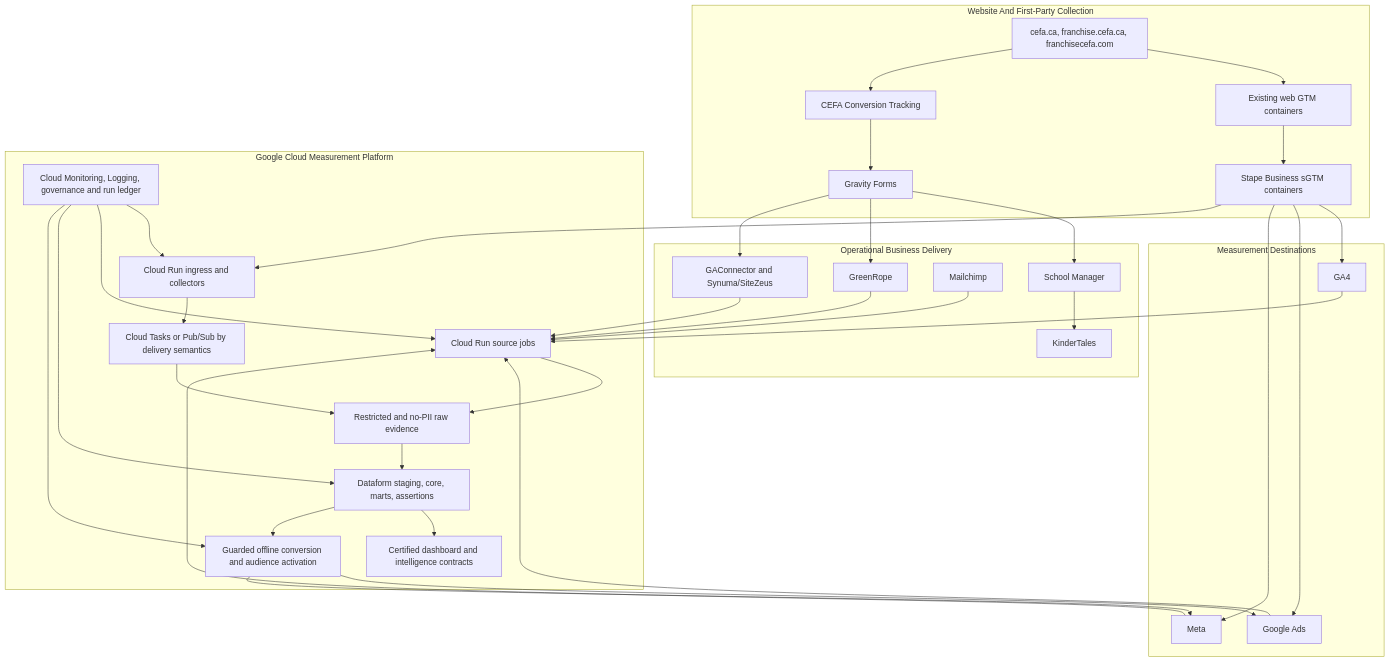
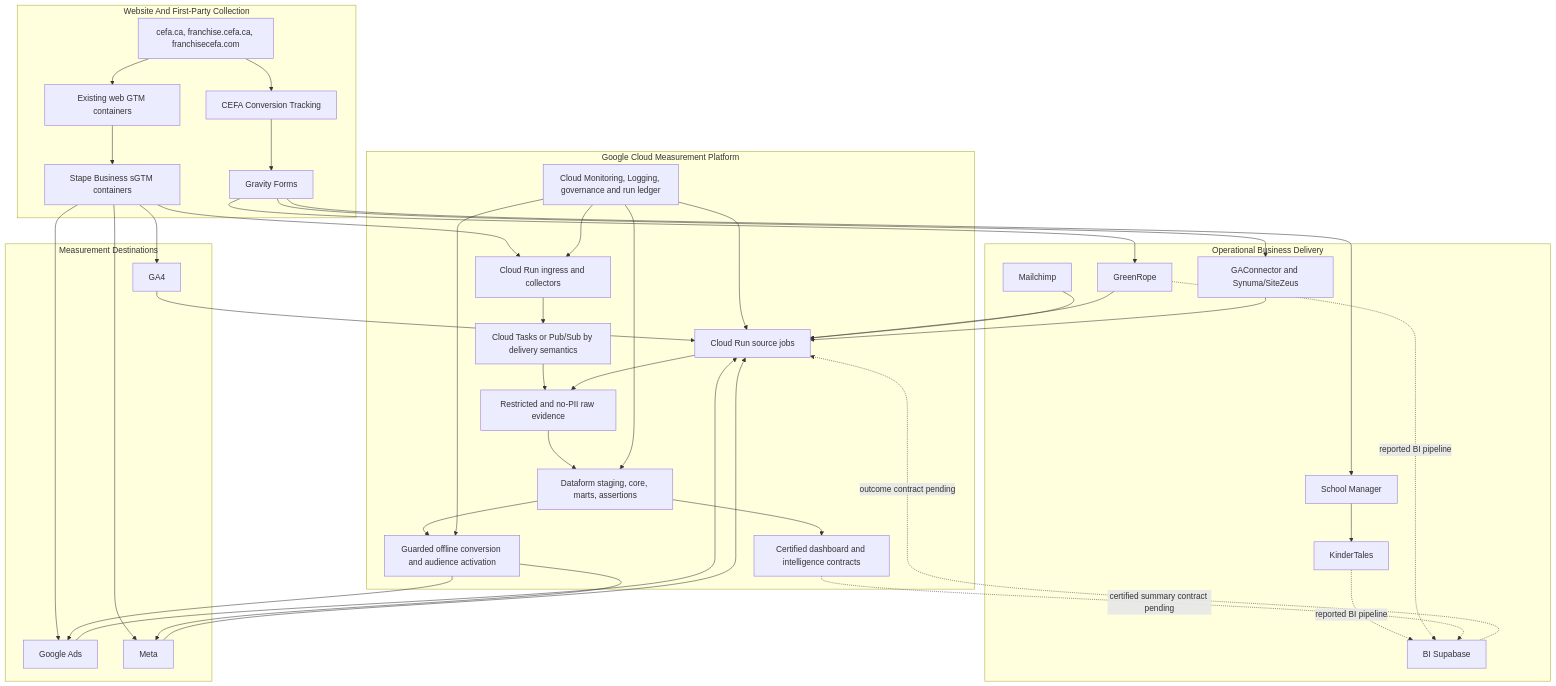
Before and after one commit to mert-atalay/cefa-marketing-ops: the diagram in docs/superpowers/plans/2026-07-25-google-cloud-stape-measurement-platform-blueprint.md, drawn with Mermaid. The commit also changed other lines of this file and 15 other files, not shown here.

````diff
--- a/docs/superpowers/plans/2026-07-25-google-cloud-stape-measurement-platform-blueprint.md
+++ b/docs/superpowers/plans/2026-07-25-google-cloud-stape-measurement-platform-blueprint.md
@@ -174,62 +189,67 @@
 ```mermaid
 flowchart TB
     subgraph WEB["Website And First-Party Collection"]
         SITES["cefa.ca, franchise.cefa.ca, franchisecefa.com"]
         WPGTM["Existing web GTM containers"]
         WPCT["CEFA Conversion Tracking"]
         FORMS["Gravity Forms"]
         STAPE["Stape Business sGTM containers"]
         SITES --> WPGTM
         SITES --> WPCT
         WPGTM --> STAPE
         WPCT --> FORMS
     end
 
     subgraph BUSINESS["Operational Business Delivery"]
         SM["School Manager"]
         KT["KinderTales"]
         GR["GreenRope"]
+        SUPA["BI Supabase"]
         MC["Mailchimp"]
         SYN["GAConnector and Synuma/SiteZeus"]
         FORMS --> SM --> KT
         FORMS --> GR
+        KT -. "reported BI pipeline" .-> SUPA
+        GR -. "reported BI pipeline" .-> SUPA
         FORMS --> SYN
     end
 
     subgraph DEST["Measurement Destinations"]
         GA4["GA4"]
         GADS["Google Ads"]
         META["Meta"]
         STAPE --> GA4
         STAPE --> GADS
         STAPE --> META
     end
 
     subgraph GCP["Google Cloud Measurement Platform"]
         INGRESS["Cloud Run ingress and collectors"]
         QUEUE["Cloud Tasks or Pub/Sub by delivery semantics"]
         EXTRACT["Cloud Run source jobs"]
         BQRAW["Restricted and no-PII raw evidence"]
         DATAFORM["Dataform staging, core, marts, assertions"]
         SERVE["Certified dashboard and intelligence contracts"]
         ACT["Guarded offline conversion and audience activation"]
         OBS["Cloud Monitoring, Logging, governance and run ledger"]
         STAPE --> INGRESS
         GR --> EXTRACT
+        SUPA -. "outcome contract pending" .-> EXTRACT
         MC --> EXTRACT
         SYN --> EXTRACT
         GA4 --> EXTRACT
         GADS --> EXTRACT
         META --> EXTRACT
         INGRESS --> QUEUE --> BQRAW
         EXTRACT --> BQRAW
         BQRAW --> DATAFORM --> SERVE
         DATAFORM --> ACT
+        SERVE -. "certified summary contract pending" .-> SUPA
         ACT --> GADS
         ACT --> META
         OBS --> INGRESS
         OBS --> EXTRACT
         OBS --> DATAFORM
         OBS --> ACT
     end
 ```
````
